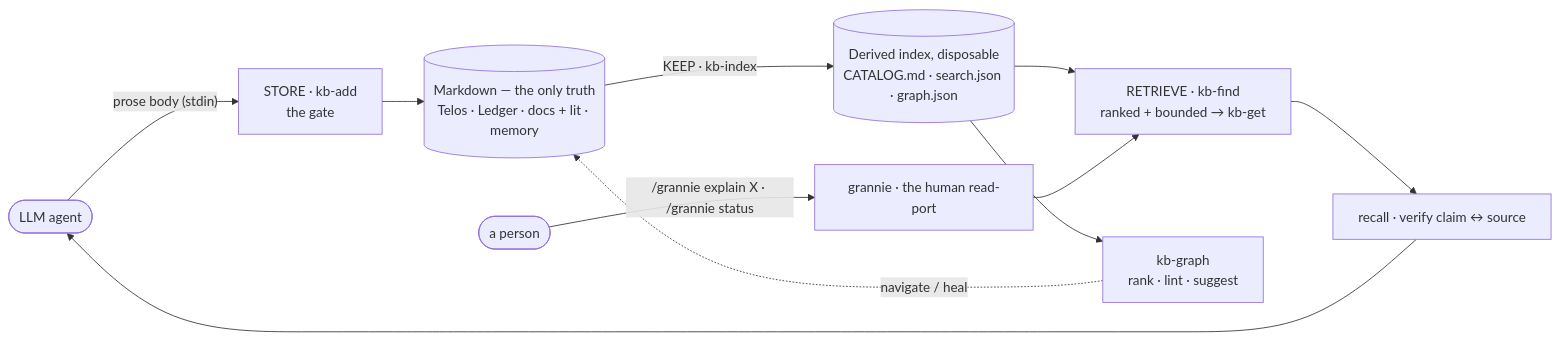
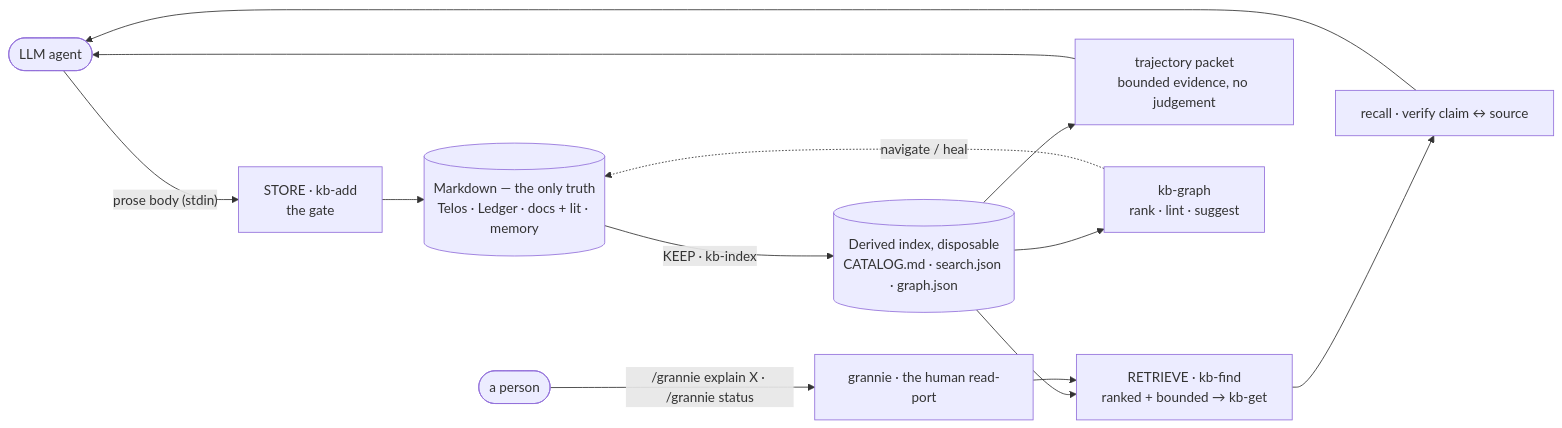
One commit to Gavin-Qiao/organon changed the first of 2 diagrams in promptus/README.md. Above: the diagram before and after it, drawn with Mermaid. The commit also changed other lines of this file and 21 other files, not shown here.

First line of the commit message:
feat(promptus): add bounded trajectory reviews (#45)

````diff
--- a/promptus/README.md
+++ b/promptus/README.md
@@ -122,13 +125,15 @@
 ```mermaid
 flowchart LR
   AG(["LLM agent"]) -- "prose body (stdin)" --> ADD["STORE · kb-add<br/>the gate"]
   ADD --> MD[("Markdown — the only truth<br/>Telos · Ledger · docs + lit · memory")]
   MD -- "KEEP · kb-index" --> IDX[("Derived index, disposable<br/>CATALOG.md · search.json · graph.json")]
   IDX --> FIND["RETRIEVE · kb-find<br/>ranked + bounded → kb-get"]
+  IDX --> TR["trajectory packet<br/>bounded evidence, no judgement"]
   IDX --> GR["kb-graph<br/>rank · lint · suggest"]
   FIND --> REC["recall · verify claim ↔ source"]
+  TR --> AG
   REC --> AG
   GR -. "navigate / heal" .-> MD
   P(["a person"]) -- "/grannie explain X · /grannie status" --> GRAN["grannie · the human read-port"]
   GRAN --> FIND
 ```
````
